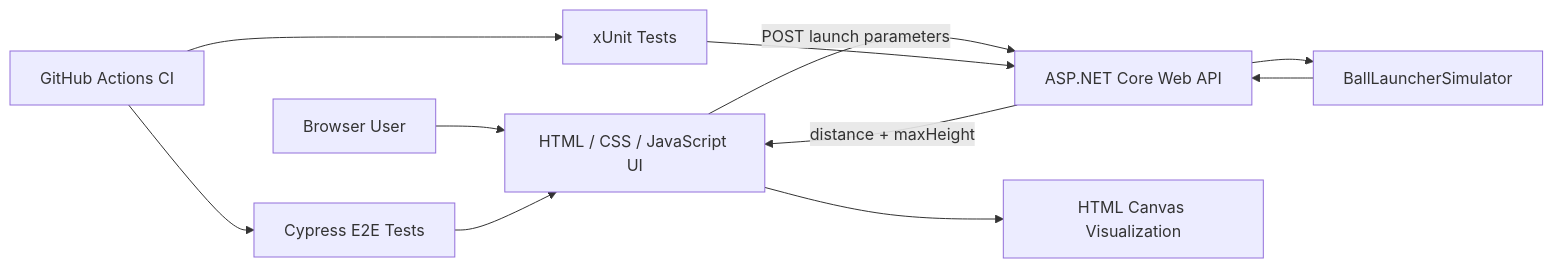
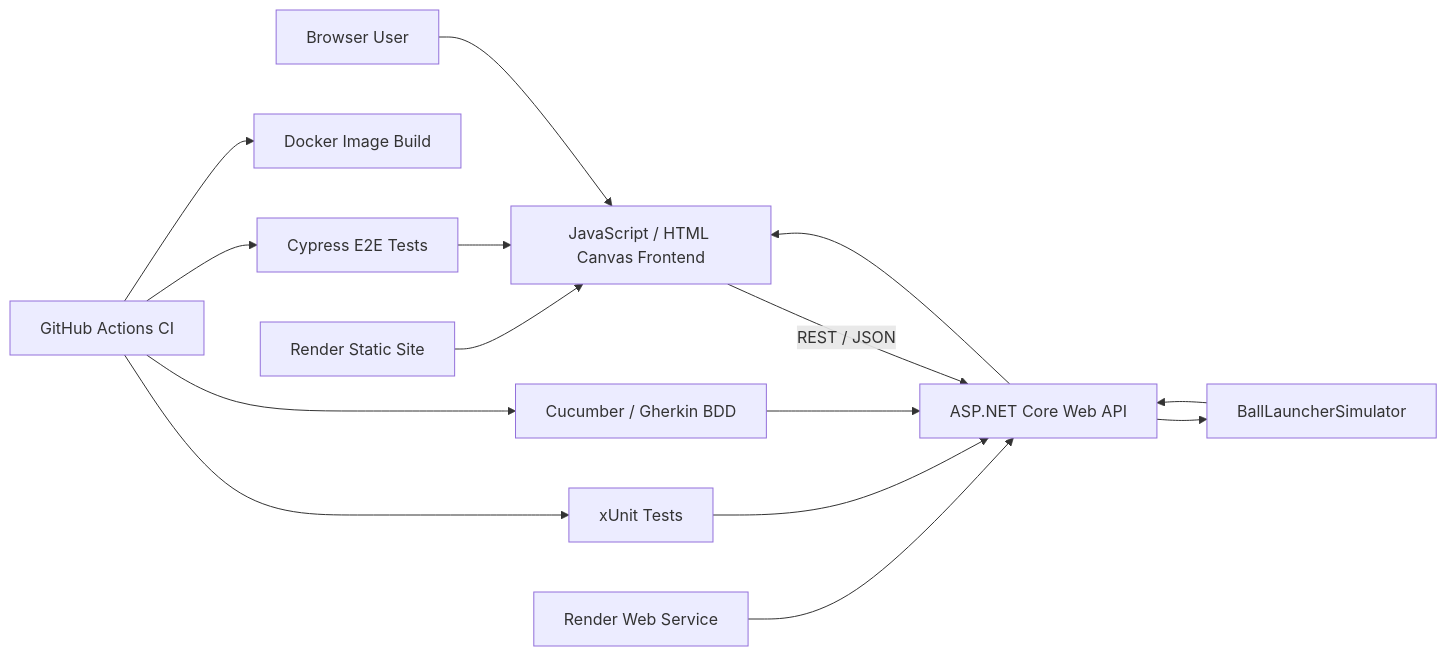
Before and after one commit to javeriaz15/Interactive-Ball-Launcher: the diagram in README.md, drawn with Mermaid. The commit also changed other lines of this file, not shown here.

````diff
--- a/README.md
+++ b/README.md
@@ -40,14 +40,20 @@
 ```mermaid
 flowchart LR
-    User[Browser User] --> UI[HTML / CSS / JavaScript UI]
-    UI -->|POST launch parameters| API[ASP.NET Core Web API]
+    User[Browser User] --> UI[JavaScript / HTML Canvas Frontend]
+    UI -->|REST / JSON| API[ASP.NET Core Web API]
     API --> Simulator[BallLauncherSimulator]
     Simulator --> API
-    API -->|distance + maxHeight| UI
-    UI --> Canvas[HTML Canvas Visualization]
+    API --> UI
 
     XUnit[xUnit Tests] --> API
+    Cucumber[Cucumber / Gherkin BDD] --> API
     Cypress[Cypress E2E Tests] --> UI
+
     CI[GitHub Actions CI] --> XUnit
+    CI --> Cucumber
     CI --> Cypress
+    CI --> Docker[Docker Image Build]
+
+    RenderFrontend[Render Static Site] --> UI
+    RenderAPI[Render Web Service] --> API
 ```
````
